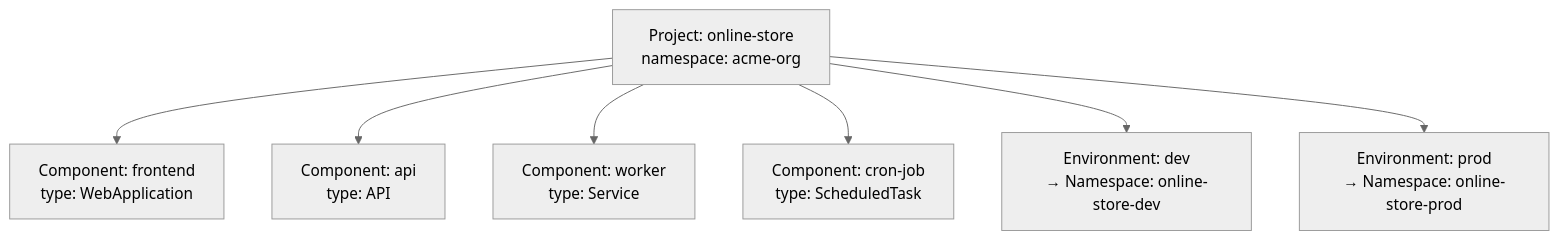
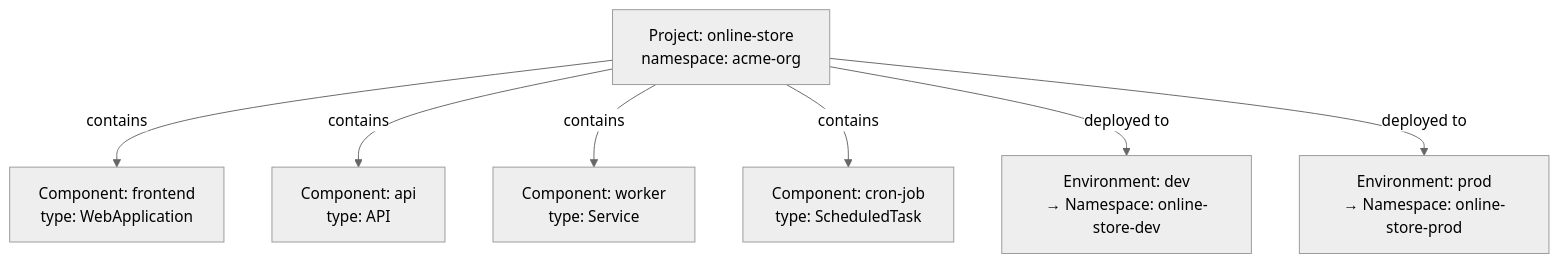
Before and after one commit to openchoreo/openchoreo: the seventh of 12 diagrams in docs/deepwiki/Platform-Abstractions.md, drawn with Mermaid (neutral theme). The commit also changed other lines of this file and 85 other files, not shown here.

Commit message:
feat: Add new workflow and specification templates, update Helm chart dependencies, and clarify documentation diagrams.

````diff
--- a/docs/deepwiki/Platform-Abstractions.md
+++ b/docs/deepwiki/Platform-Abstractions.md
@@ -335,18 +335,18 @@
 ```mermaid
 flowchart TD
 
 Proj["Project: online-store<br>namespace: acme-org"]
 Comp1["Component: frontend<br>type: WebApplication"]
 Comp2["Component: api<br>type: API"]
 Comp3["Component: worker<br>type: Service"]
 Comp4["Component: cron-job<br>type: ScheduledTask"]
 EnvDev["Environment: dev<br>→ Namespace: online-store-dev"]
 EnvProd["Environment: prod<br>→ Namespace: online-store-prod"]
 
-Proj --> Comp1
-Proj --> Comp2
-Proj --> Comp3
-Proj --> Comp4
-Proj --> EnvDev
-Proj --> EnvProd
+Proj -->|"contains"| Comp1
+Proj -->|"contains"| Comp2
+Proj -->|"contains"| Comp3
+Proj -->|"contains"| Comp4
+Proj -->|"deployed to"| EnvDev
+Proj -->|"deployed to"| EnvProd
 ```
````
